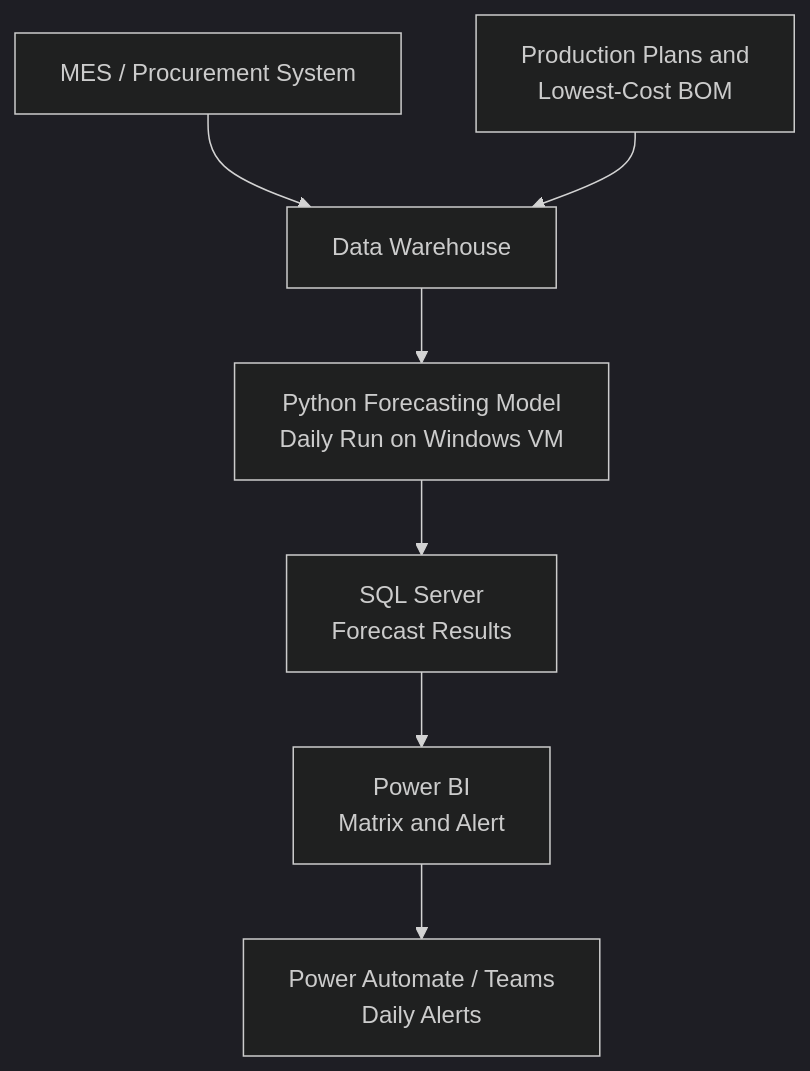
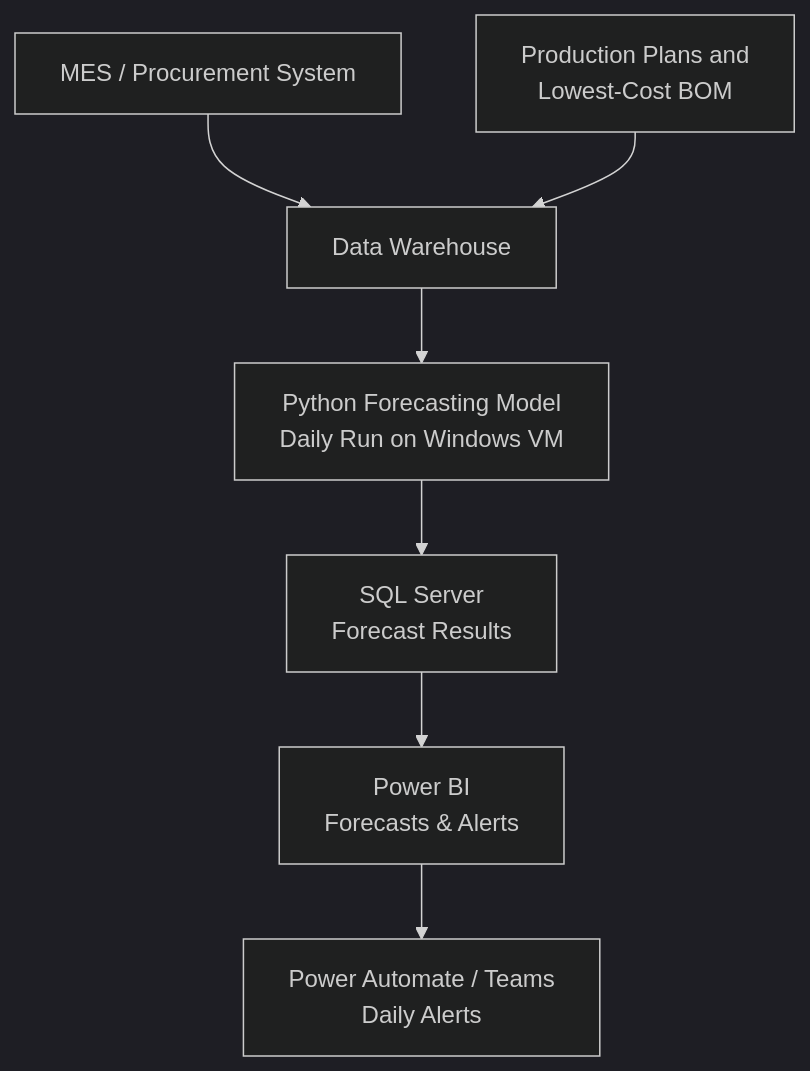
One commit to ChienChienChien/Material_Forecasting_System changed the diagram in README.md. Above: the diagram before and after it, drawn with Mermaid (dark theme). The commit also changed other lines of this file, not shown here.

````diff
--- a/README.md
+++ b/README.md
@@ -123,17 +123,17 @@
 ```mermaid
 flowchart TD
     A["MES / Procurement System"]
     B["Production Plans and<br/>Lowest-Cost BOM"]
     C["Data Warehouse"]
     D["Python Forecasting Model<br/>Daily Run on Windows VM"]
     E["SQL Server<br/>Forecast Results"]
-    F["Power BI<br/>Matrix and Alert"]
+    F["Power BI<br/>Forecasts & Alerts"]
     G["Power Automate / Teams<br/>Daily Alerts"]
 
     A --> C
     B --> C
     C --> D
     D --> E
     E --> F
     F --> G
 ```
````
